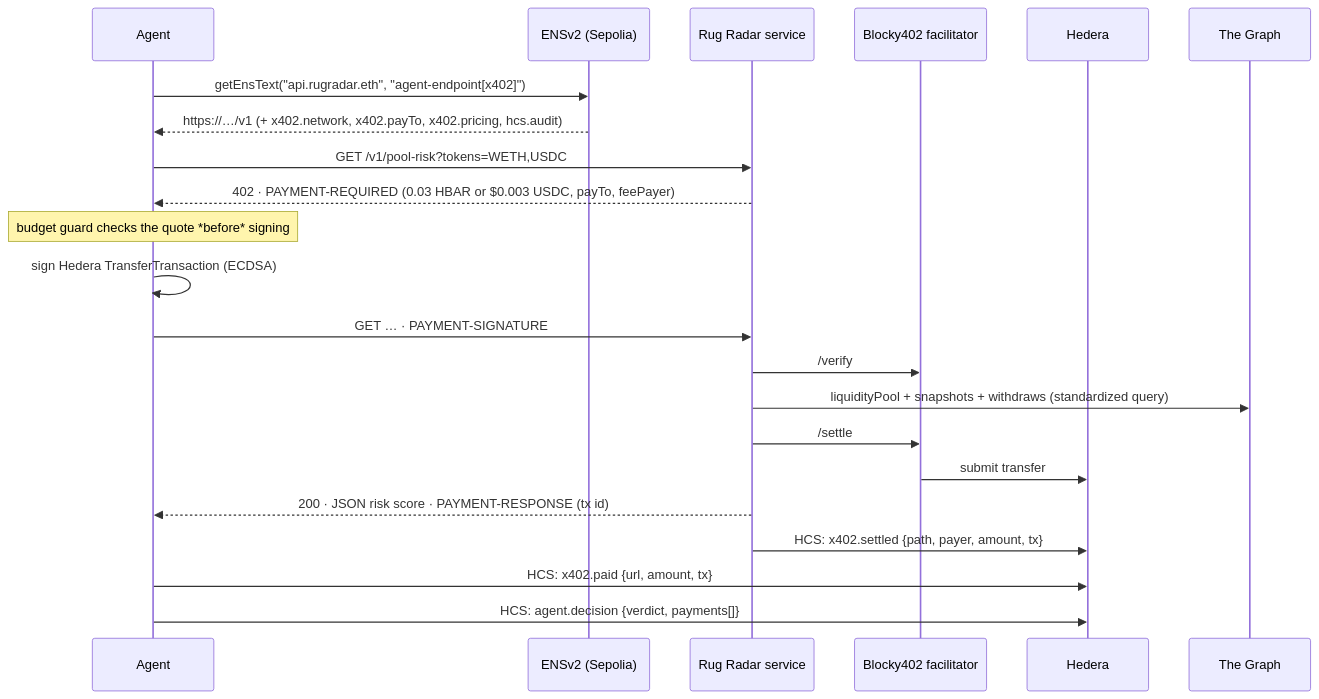
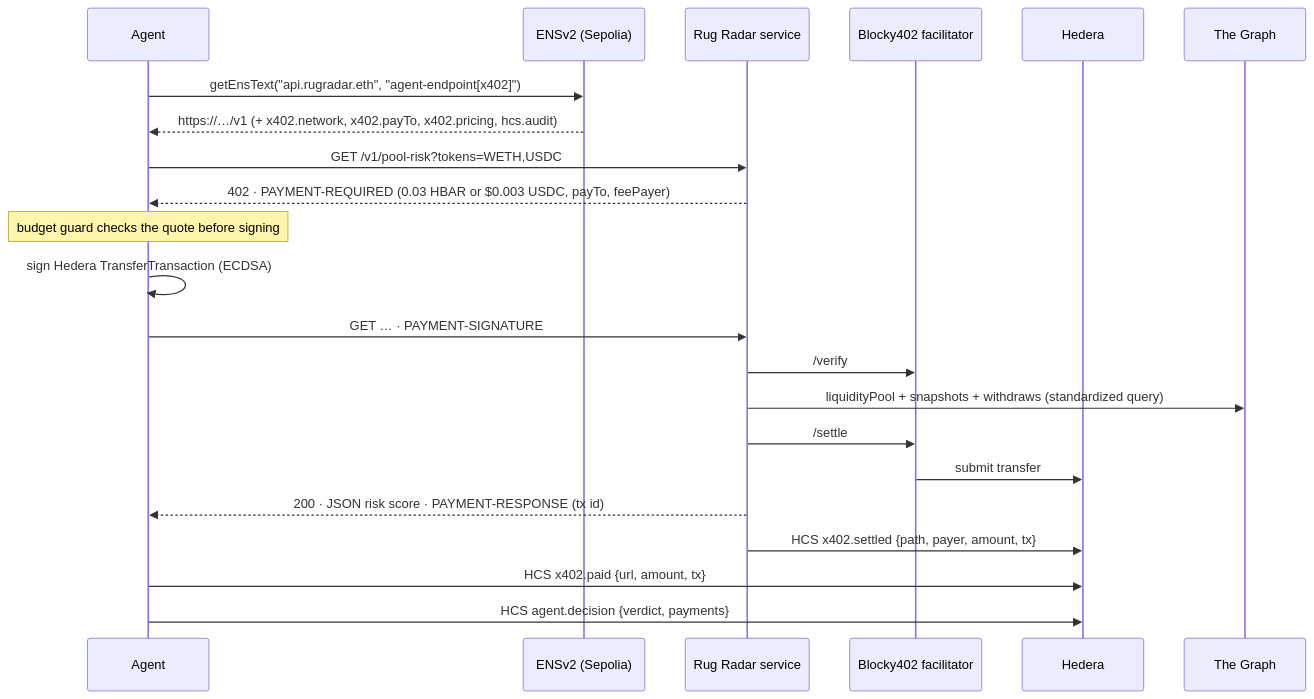
Before and after one commit to chinesepowered/hack-ethonline2026: the second of 2 diagrams in README.md, drawn with Mermaid. The commit also changed other lines of this file and 2 other files, not shown here.

Commit message:
demo.md runbook, 4-slide pitch deck (slides.html), README: fix mermaid labels, Render deployment

````diff
--- a/README.md
+++ b/README.md
@@ -76,25 +81,25 @@
 ```mermaid
 sequenceDiagram
   participant Agent
   participant ENS as ENSv2 (Sepolia)
   participant Svc as Rug Radar service
   participant Fac as Blocky402 facilitator
   participant Hedera
   participant Graph as The Graph
 
   Agent->>ENS: getEnsText("api.rugradar.eth", "agent-endpoint[x402]")
-  ENS-->>Agent: https://…/v1  (+ x402.network, x402.payTo, x402.pricing, hcs.audit)
+  ENS-->>Agent: https://…/v1 (+ x402.network, x402.payTo, x402.pricing, hcs.audit)
   Agent->>Svc: GET /v1/pool-risk?tokens=WETH,USDC
   Svc-->>Agent: 402 · PAYMENT-REQUIRED (0.03 HBAR or $0.003 USDC, payTo, feePayer)
-  Note over Agent: budget guard checks the quote *before* signing
+  Note over Agent: budget guard checks the quote before signing
   Agent->>Agent: sign Hedera TransferTransaction (ECDSA)
   Agent->>Svc: GET … · PAYMENT-SIGNATURE
   Svc->>Fac: /verify
   Svc->>Graph: liquidityPool + snapshots + withdraws (standardized query)
   Svc->>Fac: /settle
   Fac->>Hedera: submit transfer
   Svc-->>Agent: 200 · JSON risk score · PAYMENT-RESPONSE (tx id)
-  Svc->>Hedera: HCS: x402.settled {path, payer, amount, tx}
-  Agent->>Hedera: HCS: x402.paid {url, amount, tx}
-  Agent->>Hedera: HCS: agent.decision {verdict, payments[]}
+  Svc->>Hedera: HCS x402.settled {path, payer, amount, tx}
+  Agent->>Hedera: HCS x402.paid {url, amount, tx}
+  Agent->>Hedera: HCS agent.decision {verdict, payments}
 ```
````
